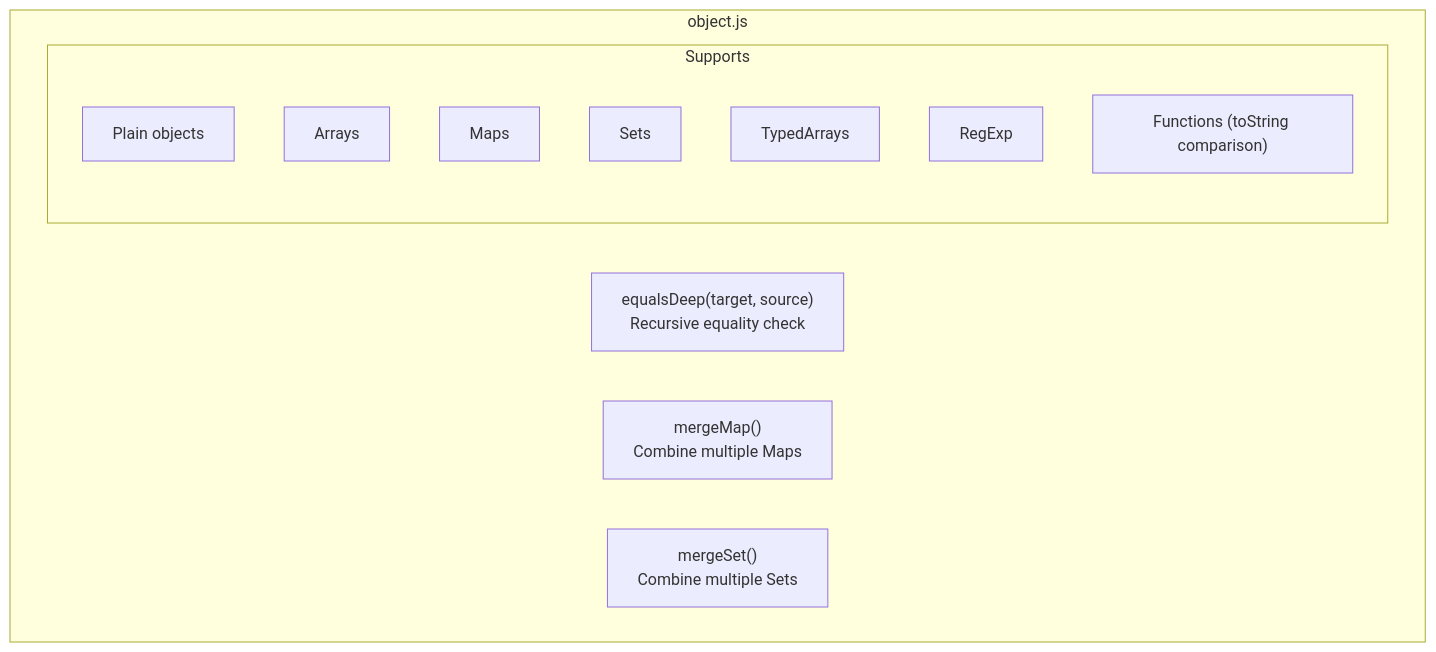
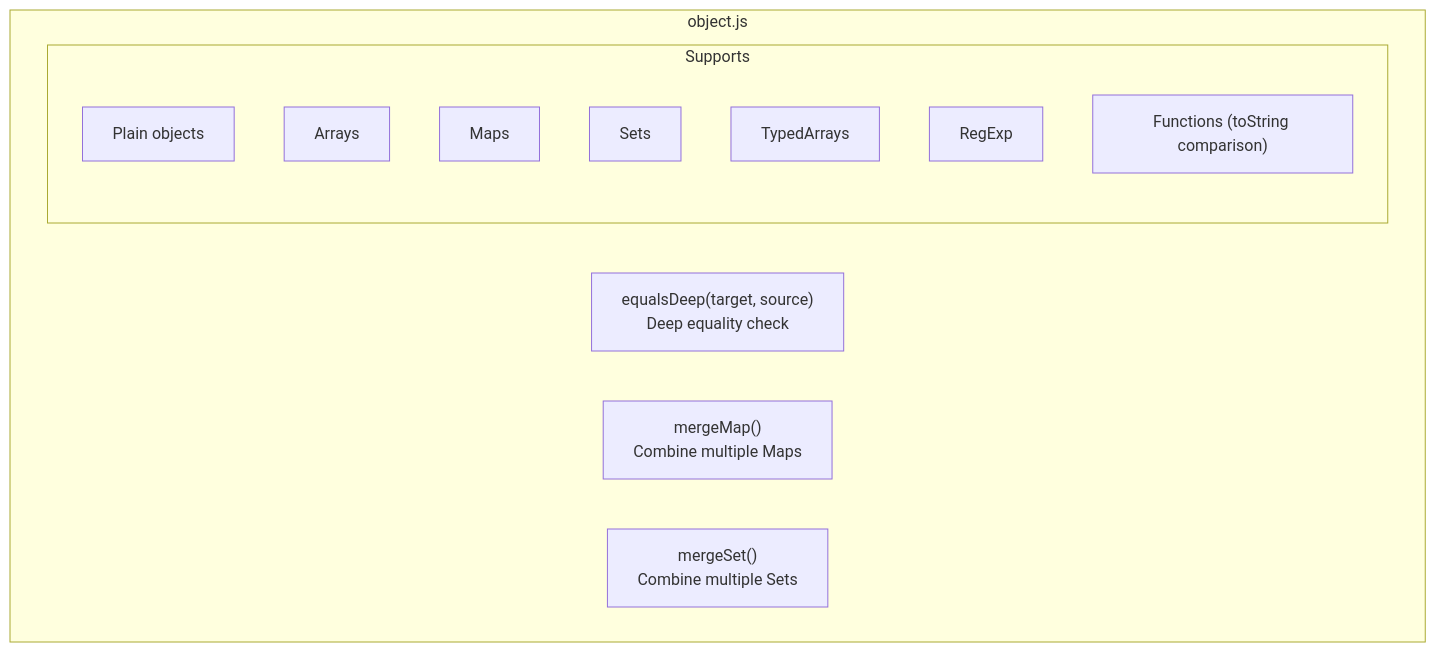
The tenth of 12 diagrams in packages/core/ARCHITECTURE.md (jklarenbeek/jarenjs), drawn with Mermaid before and after one commit. The commit also changed other lines of this file and 15 other files, not shown here.

Commit message:
Compared and froze values at any depth on their own frames, refused a schema nested past maxSchemaDepth with JK0017, and filled a self-filling default once

````diff
--- a/packages/core/ARCHITECTURE.md
+++ b/packages/core/ARCHITECTURE.md
@@ -1168,19 +1177,19 @@
 ```mermaid
 flowchart TB
     subgraph ObjectModule["object.js"]
-        EqualsDeep["equalsDeep(target, source)<br/>Recursive equality check"]
+        EqualsDeep["equalsDeep(target, source)<br/>Deep equality check"]
 
         subgraph SupportedTypes["Supports"]
             Objects["Plain objects"]
             Arrays["Arrays"]
             Maps["Maps"]
             Sets["Sets"]
             TypedArrays["TypedArrays"]
             RegExp["RegExp"]
             Functions["Functions (toString comparison)"]
         end
 
         MergeMap["mergeMap()<br/>Combine multiple Maps"]
         MergeSet["mergeSet()<br/>Combine multiple Sets"]
     end
 ```
````
